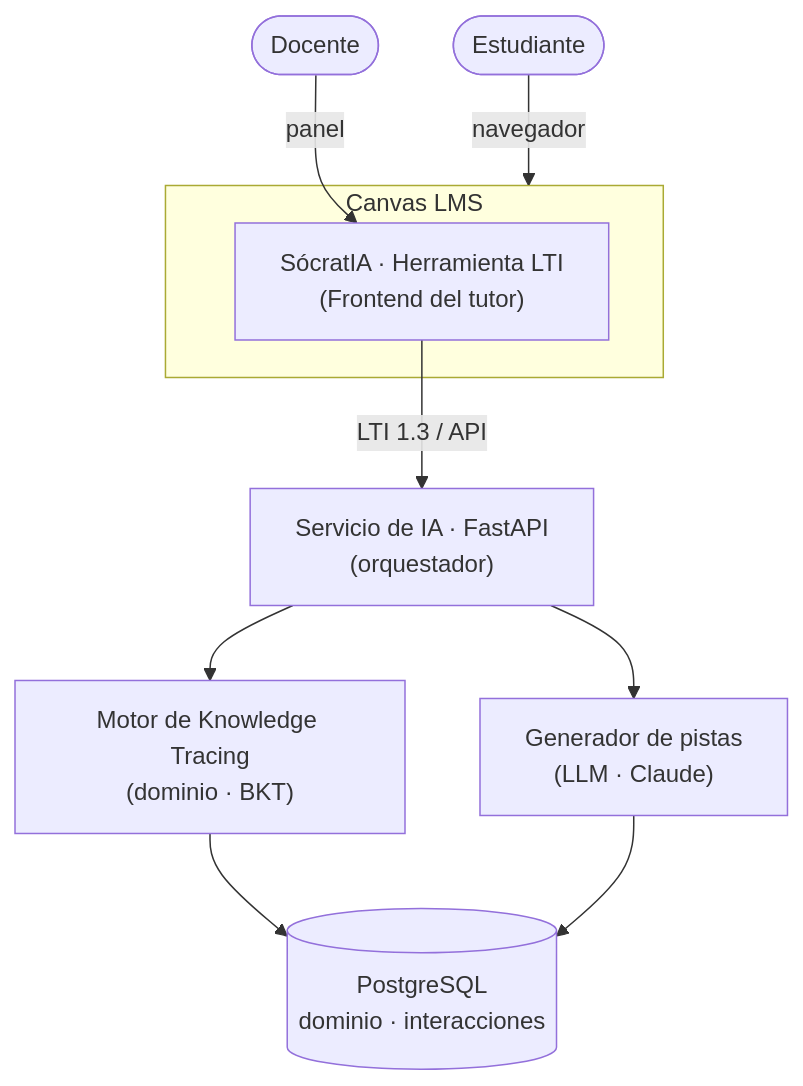
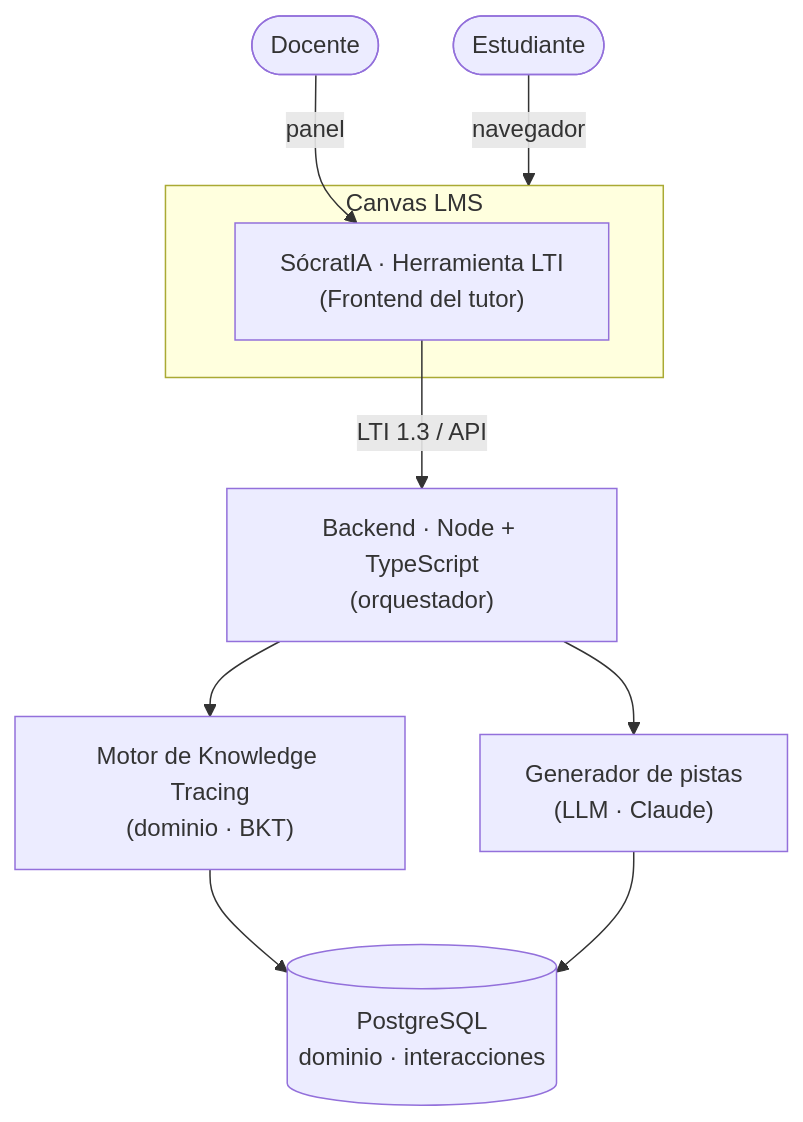
One commit to Jose27luis/SocratIA changed the first of 4 diagrams in README.md. Above: the diagram before and after it, drawn with Mermaid. The commit also changed other lines of this file, not shown here.

Commit message:
docs: actualizar README al stack TypeScript y registrar avances

````diff
--- a/README.md
+++ b/README.md
@@ -89,13 +89,13 @@
 ```mermaid
 flowchart TB
     Est(["Estudiante"]) -->|navegador| Canvas
     subgraph Canvas["Canvas LMS"]
         Tool["SócratIA · Herramienta LTI<br/>(Frontend del tutor)"]
     end
-    Tool -->|LTI 1.3 / API| AIS["Servicio de IA · FastAPI<br/>(orquestador)"]
+    Tool -->|LTI 1.3 / API| AIS["Backend · Node + TypeScript<br/>(orquestador)"]
     AIS --> BKT["Motor de Knowledge Tracing<br/>(dominio · BKT)"]
     AIS --> LLM["Generador de pistas<br/>(LLM · Claude)"]
     BKT --> DB[("PostgreSQL<br/>dominio · interacciones")]
     LLM --> DB
     Doc(["Docente"]) -->|panel| Tool
 ```
````
